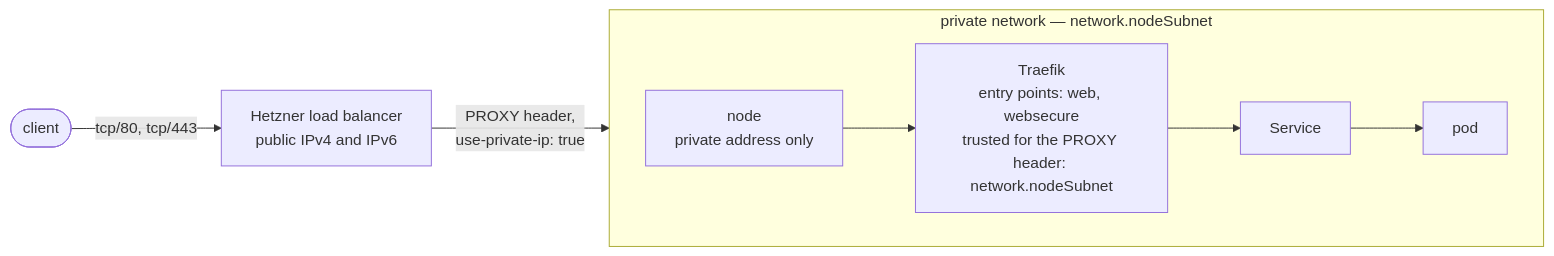
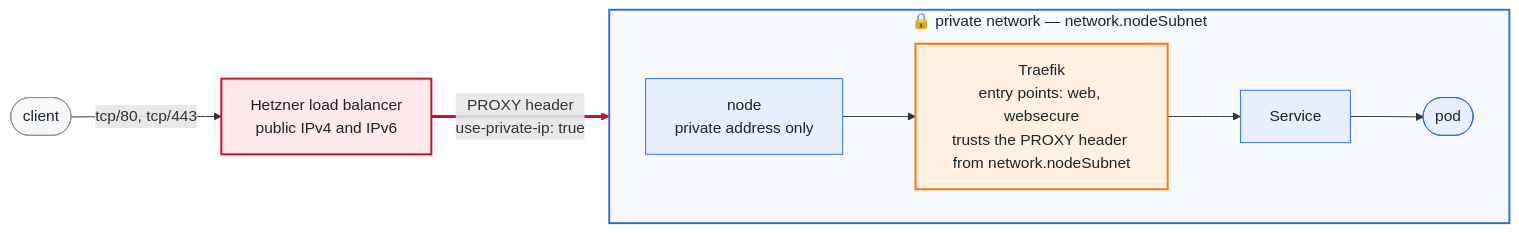
Before and after one commit to oleg-tkachuk/hetzner-iac: the third of 3 diagrams in docs/design.md, drawn with Mermaid. The commit also changed other lines of this file and 1 other file, not shown here.

First line of the commit message:
docs: colour the diagrams, and say whose CNI is missing

````diff
--- a/docs/design.md
+++ b/docs/design.md
@@ -165,20 +193,37 @@
 ```mermaid
 flowchart LR
+    %% Same palette as the diagram above, and the same reason for spelling the
+    %% colours out rather than inheriting the theme's.
+    classDef outside fill:#f6f8fa,stroke:#8c959f,stroke-width:1px,color:#1f2328
+    classDef edge fill:#fde8eb,stroke:#d50c2d,stroke-width:2px,color:#1f2328
+    classDef inside fill:#e7effc,stroke:#326ce5,stroke-width:1px,color:#1f2328
+    classDef gate fill:#fff0e0,stroke:#ff7300,stroke-width:2px,color:#1f2328
+
     client(["client"])
-
     lb["Hetzner load balancer<br/>public IPv4 and IPv6"]
 
-    subgraph private["private network — network.nodeSubnet"]
+    subgraph private["🔒 private network — network.nodeSubnet"]
         direction LR
         node["node<br/>private address only"]
-        traefik["Traefik<br/>entry points: web, websecure<br/>trusted for the PROXY header: network.nodeSubnet"]
+        traefik["Traefik<br/>entry points: web, websecure<br/>trusts the PROXY header from network.nodeSubnet"]
         svc["Service"]
-        pod["pod"]
+        pod(["pod"])
     end
 
     client -->|"tcp/80, tcp/443"| lb
-    lb -->|"PROXY header,<br/>use-private-ip: true"| node
+    lb ==>|"PROXY header<br/>use-private-ip: true"| node
     node --> traefik
     traefik --> svc
     svc --> pod
+
+    class client outside
+    class lb edge
+    class traefik gate
+    class node,svc,pod inside
+
+    style private fill:#f7faff,stroke:#326ce5,stroke-width:2px,color:#1f2328
+
+    %% The one edge worth pointing at: it is the hop that carries the PROXY
+    %% header. Indexed by edge order, so adding an edge above this one moves it.
+    linkStyle 1 stroke:#d50c2d,stroke-width:3px
 ```
````
